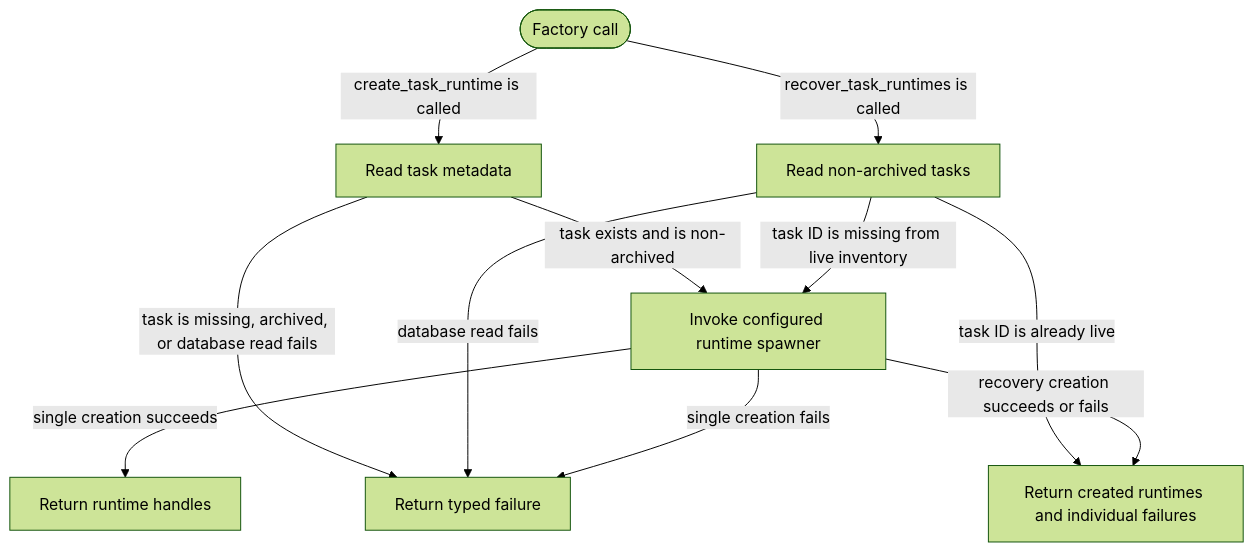
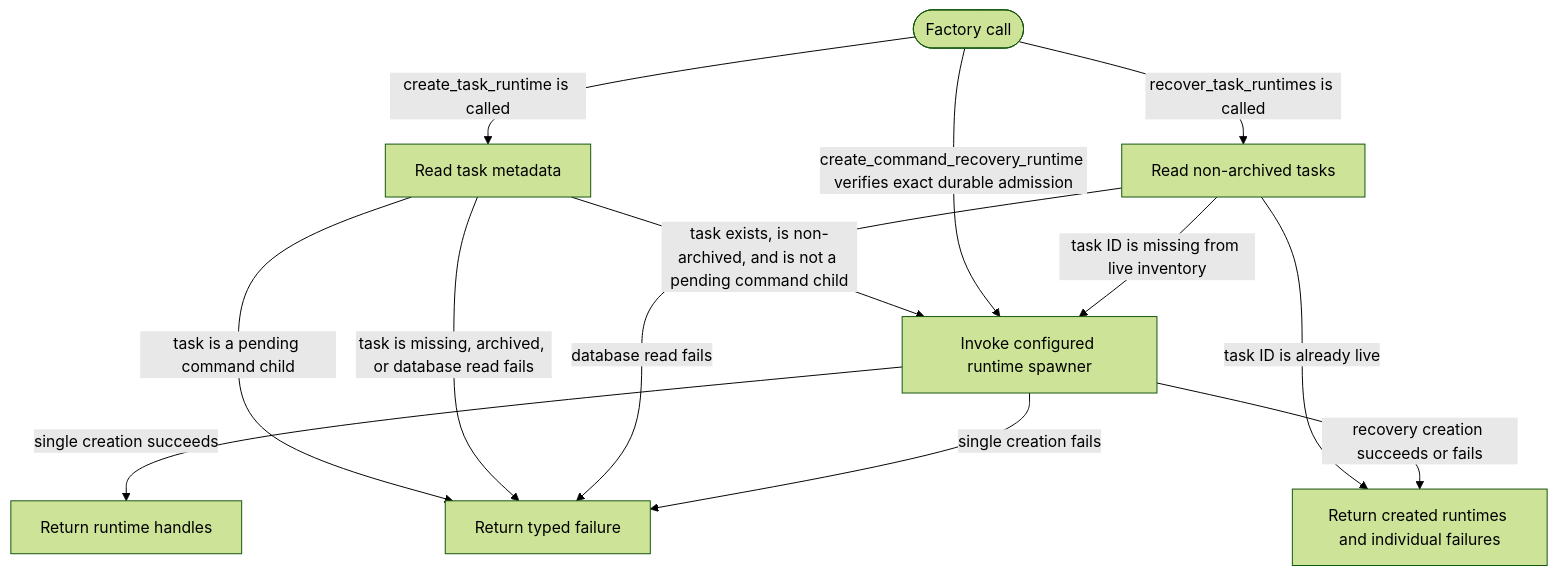
Before and after one commit to JiaJunDeng5930/Selvedge: the diagram in crates/task-runtime-factory/README.md, drawn with Mermaid (forest theme). The commit also changed other lines of this file and 45 other files, not shown here.

Commit message:
feat(harness): add durable JavaScript command environments

````diff
--- a/crates/task-runtime-factory/README.md
+++ b/crates/task-runtime-factory/README.md
@@ -16,21 +16,23 @@
 ```mermaid
 flowchart TD
   Start([Factory call])
   Create[Read task metadata]
   Scan[Read non-archived tasks]
   Spawn[Invoke configured runtime spawner]
   Result[Return runtime handles]
   Recovery[Return created runtimes and individual failures]
   Failure[Return typed failure]
 
   Start -->|create_task_runtime is called| Create
   Start -->|recover_task_runtimes is called| Scan
-  Create -->|task exists and is non-archived| Spawn
+  Create -->|task exists, is non-archived, and is not a pending command child| Spawn
+  Create -->|task is a pending command child| Failure
+  Start -->|create_command_recovery_runtime verifies exact durable admission| Spawn
   Create -->|task is missing, archived, or database read fails| Failure
   Scan -->|database read fails| Failure
   Scan -->|task ID is already live| Recovery
   Scan -->|task ID is missing from live inventory| Spawn
   Spawn -->|single creation succeeds| Result
   Spawn -->|single creation fails| Failure
   Spawn -->|recovery creation succeeds or fails| Recovery
 ```
````
